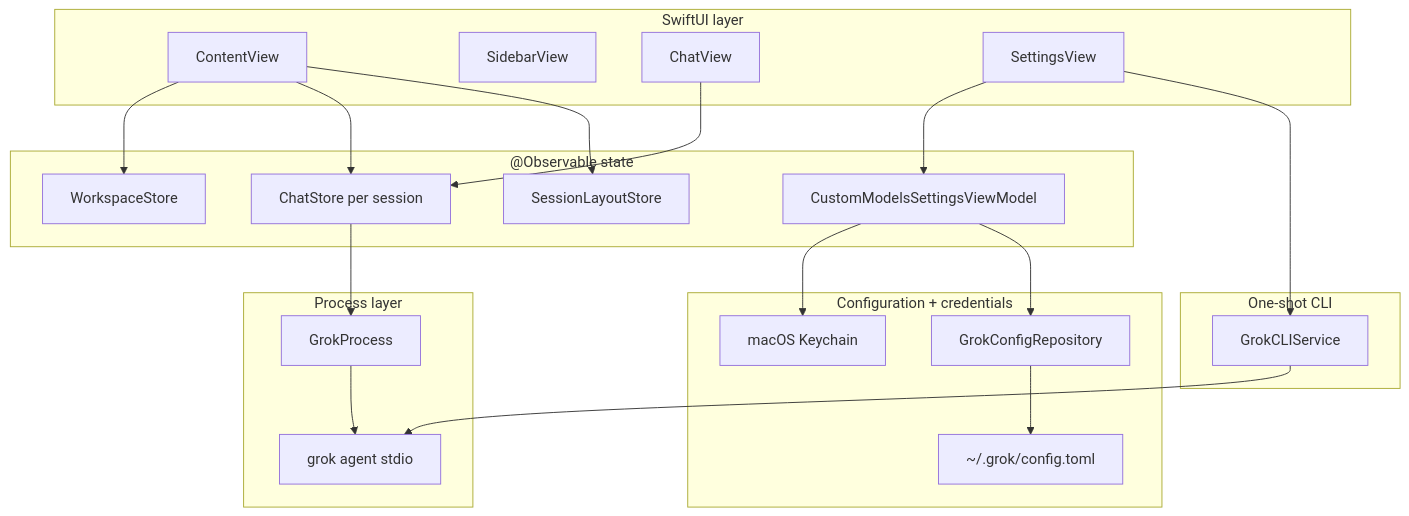
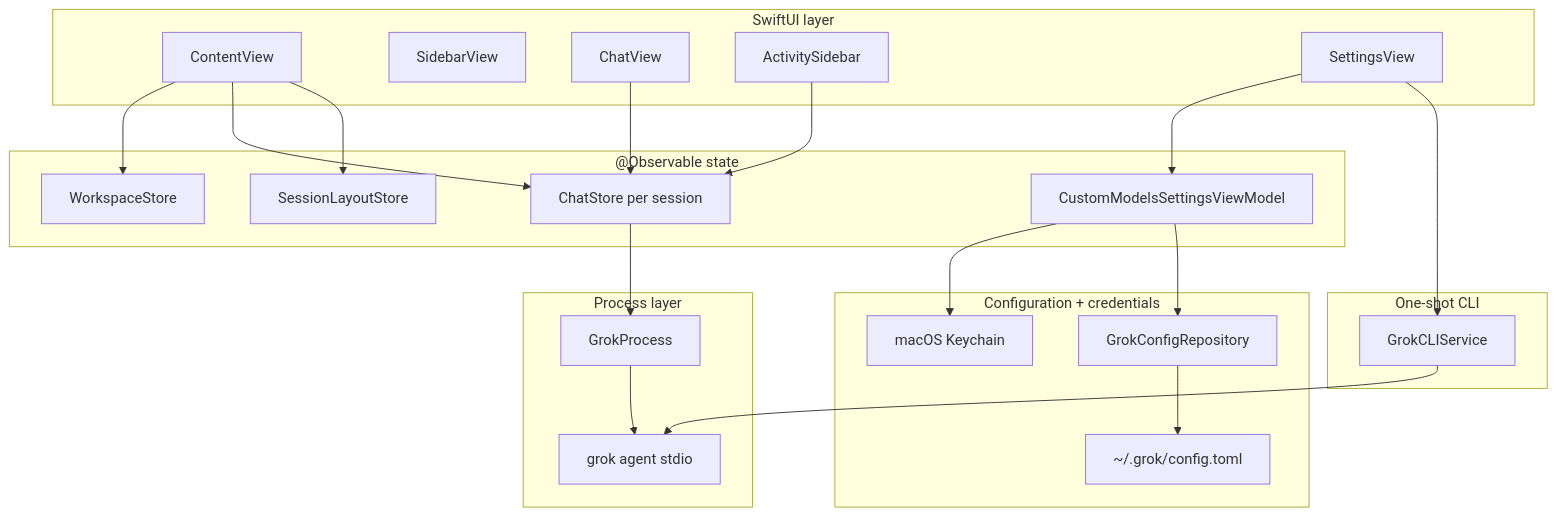
One commit to schmitzjimmy1-star/grok-build-desktop changed the first of 2 diagrams in ARCHITECTURE.md. Above: the diagram before and after it, drawn with Mermaid. The commit also changed other lines of this file and 42 other files, not shown here.

````diff
--- a/ARCHITECTURE.md
+++ b/ARCHITECTURE.md
@@ -144,44 +145,46 @@
 ```mermaid
 flowchart TB
     subgraph UI["SwiftUI layer"]
         CV[ContentView]
         SV[SidebarView]
         CHV[ChatView]
+        ASV[ActivitySidebar]
         STV[SettingsView]
     end
 
     subgraph State["@Observable state"]
         WS[WorkspaceStore]
         CS[ChatStore per session]
         SL[SessionLayoutStore]
         MV[CustomModelsSettingsViewModel]
     end
 
     subgraph Config["Configuration + credentials"]
         GR[GrokConfigRepository]
         KC[macOS Keychain]
         TOML[~/.grok/config.toml]
     end
 
     subgraph Process["Process layer"]
         GP[GrokProcess]
         CLI["grok agent stdio"]
     end
 
     subgraph OneShot["One-shot CLI"]
         GCS[GrokCLIService]
     end
 
     CV --> WS
     CV --> CS
     CV --> SL
     CHV --> CS
+    ASV --> CS
     STV --> MV
     MV --> KC
     MV --> GR
     GR --> TOML
     CS --> GP
     GP --> CLI
     STV --> GCS
     GCS --> CLI
 ```
````
